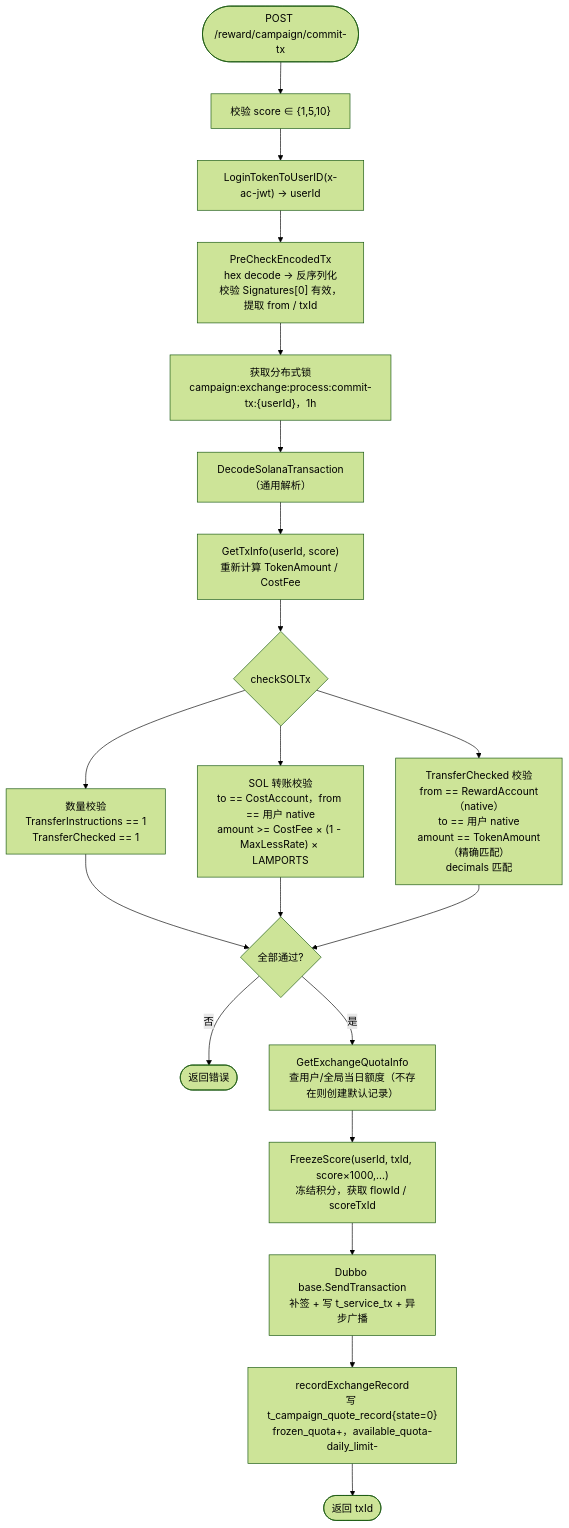
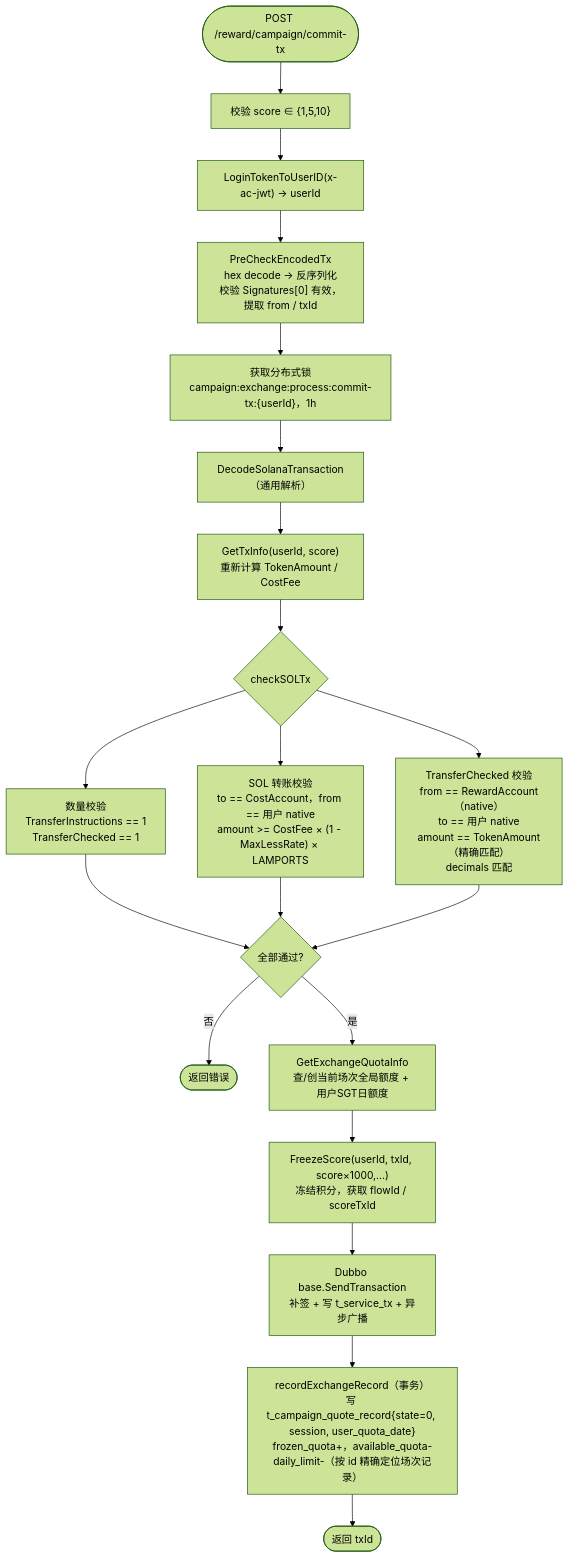
Before and after one commit to BillInUK/oshit-go: the sixth of 7 diagrams in docs/v1/reward_campaign.md, drawn with Mermaid (forest theme). The commit also changed other lines of this file and 8 other files, not shown here.

````diff
--- a/docs/v1/reward_campaign.md
+++ b/docs/v1/reward_campaign.md
@@ -282,20 +352,20 @@
 ```mermaid
 flowchart TD
     A([POST /reward/campaign/commit-tx]) --> B["校验 score ∈ {1,5,10}"]
     B --> C["LoginTokenToUserID(x-ac-jwt) → userId"]
     C --> D["PreCheckEncodedTx\nhex decode → 反序列化\n校验 Signatures[0] 有效，提取 from / txId"]
     D --> E["获取分布式锁\ncampaign:exchange:process:commit-tx:{userId}，1h"]
     E --> F["DecodeSolanaTransaction（通用解析）"]
     F --> G["GetTxInfo(userId, score)\n重新计算 TokenAmount / CostFee"]
     G --> H{checkSOLTx}
     H --> H1["数量校验\nTransferInstructions == 1\nTransferChecked == 1"]
     H --> H2["SOL 转账校验\nto == CostAccount，from == 用户 native\namount >= CostFee × (1 - MaxLessRate) × LAMPORTS"]
     H --> H3["TransferChecked 校验\nfrom == RewardAccount（native）\nto == 用户 native\namount == TokenAmount（精确匹配）\ndecimals 匹配"]
     H1 & H2 & H3 --> I{全部通过?}
     I -- 否 --> J([返回错误])
-    I -- 是 --> K["GetExchangeQuotaInfo\n查用户/全局当日额度（不存在则创建默认记录）"]
+    I -- 是 --> K["GetExchangeQuotaInfo\n查/创当前场次全局额度 + 用户SGT日额度"]
     K --> L["FreezeScore(userId, txId, score×1000,...)\n冻结积分，获取 flowId / scoreTxId"]
     L --> M["Dubbo base.SendTransaction\n补签 + 写 t_service_tx + 异步广播"]
-    M --> N["recordExchangeRecord\n写 t_campaign_quote_record{state=0}\nfrozen_quota+，available_quota-\ndaily_limit-"]
+    M --> N["recordExchangeRecord（事务）\n写 t_campaign_quote_record{state=0, session, user_quota_date}\nfrozen_quota+，available_quota-\ndaily_limit-（按 id 精确定位场次记录）"]
     N --> O([返回 txId])
 ```
````
